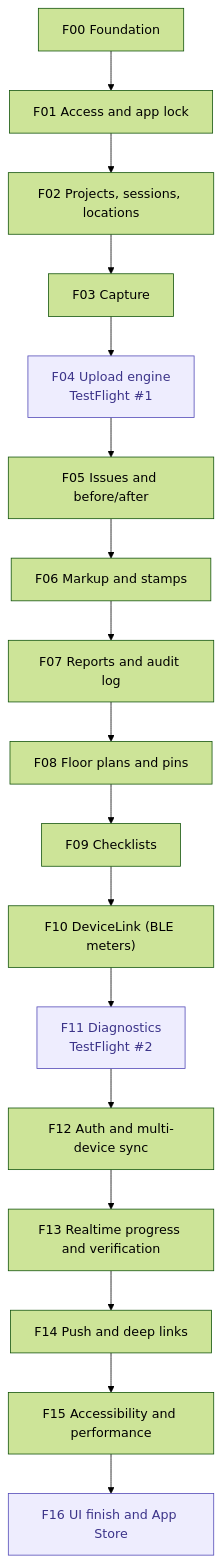
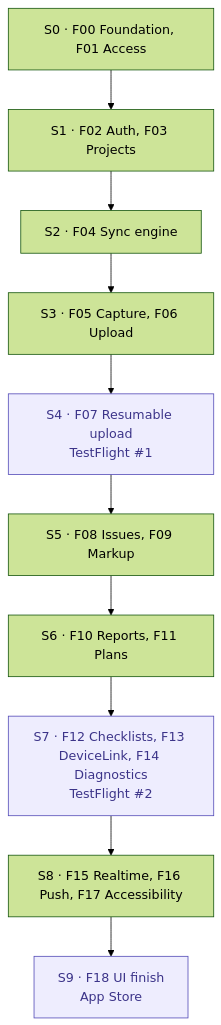
The second of 2 diagrams in ROADMAP.md (DAMHONGDUC/site-log-ios), drawn with Mermaid (forest theme) before and after one commit. The commit also changed other lines of this file and 50 other files, not shown here.

````diff
--- a/ROADMAP.md
+++ b/ROADMAP.md
@@ -64,23 +55,15 @@
 ```mermaid
 flowchart TD
-    F00["F00 Foundation"]
-    F00 --> F01["F01 Access and app lock"]
-    F01 --> F02["F02 Projects, sessions, locations"]
-    F02 --> F03["F03 Capture"]
-    F03 --> F04["F04 Upload engine<br/>TestFlight #1"]
-    F04 --> F05["F05 Issues and before/after"]
-    F05 --> F06["F06 Markup and stamps"]
-    F06 --> F07["F07 Reports and audit log"]
-    F07 --> F08["F08 Floor plans and pins"]
-    F08 --> F09["F09 Checklists"]
-    F09 --> F10["F10 DeviceLink (BLE meters)"]
-    F10 --> F11["F11 Diagnostics<br/>TestFlight #2"]
-    F11 --> F12["F12 Auth and multi-device sync"]
-    F12 --> F13["F13 Realtime progress and verification"]
-    F13 --> F14["F14 Push and deep links"]
-    F14 --> F15["F15 Accessibility and performance"]
-    F15 --> F16["F16 UI finish and App Store"]
+    S0["S0 · F00 Foundation, F01 Access"] --> S1["S1 · F02 Auth, F03 Projects"]
+    S1 --> S2["S2 · F04 Sync engine"]
+    S2 --> S3["S3 · F05 Capture, F06 Upload"]
+    S3 --> S4["S4 · F07 Resumable upload<br/>TestFlight #1"]
+    S4 --> S5["S5 · F08 Issues, F09 Markup"]
+    S5 --> S6["S6 · F10 Reports, F11 Plans"]
+    S6 --> S7["S7 · F12 Checklists, F13 DeviceLink, F14 Diagnostics<br/>TestFlight #2"]
+    S7 --> S8["S8 · F15 Realtime, F16 Push, F17 Accessibility"]
+    S8 --> S9["S9 · F18 UI finish<br/>App Store"]
 
     classDef ship fill:#EEEDFE,stroke:#534AB7,color:#3C3489
-    class F04,F11,F16 ship
+    class S4,S7,S9 ship
 ```
````
